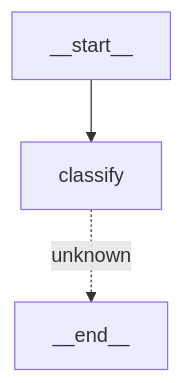
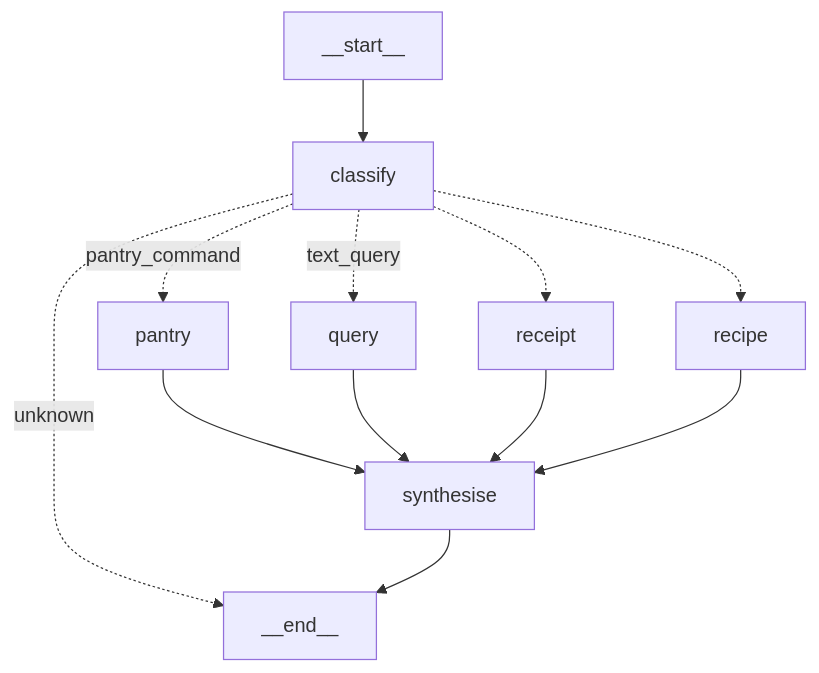
The diagram in documents/020-langgraph/implementation.md (adityaswami93/homly), drawn with Mermaid before and after one commit. The commit also changed other lines of this file and 9 other files, not shown here.

````diff
--- a/documents/020-langgraph/implementation.md
+++ b/documents/020-langgraph/implementation.md
@@ -63,5 +110,14 @@
 ```mermaid
 graph TD;
     __start__ --> classify;
     classify -. unknown .-> __end__;
+    classify -. pantry_command .-> pantry;
+    classify -. text_query .-> query;
+    classify -.-> receipt;
+    classify -.-> recipe;
+    pantry --> synthesise;
+    query --> synthesise;
+    receipt --> synthesise;
+    recipe --> synthesise;
+    synthesise --> __end__;
 ```
````
